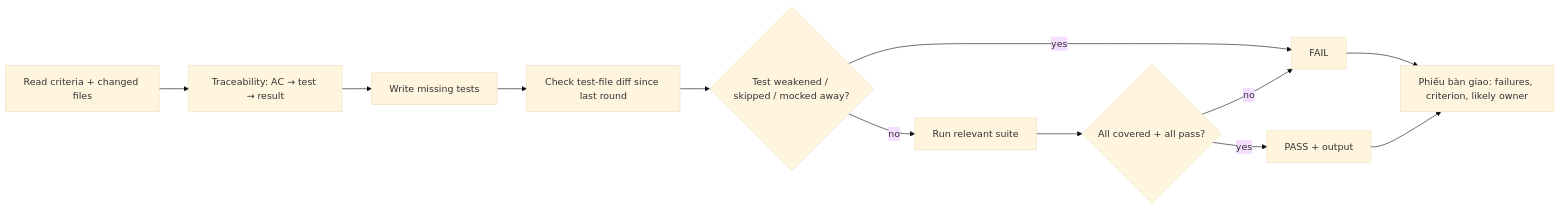
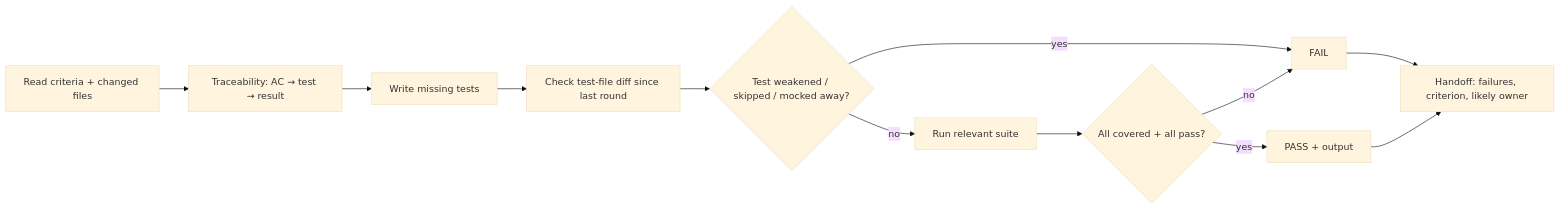
The diagram in agents/qa.md (Tuan-Quyen/technical-teams), drawn with Mermaid (base theme) before and after one commit. The commit also changed 37 other files, not shown here.

````diff
--- a/agents/qa.md
+++ b/agents/qa.md
@@ -22,14 +22,14 @@
 ```mermaid
 flowchart LR
   A[Read criteria + changed files] --> B[Traceability: AC → test → result]
   B --> C[Write missing tests]
   C --> D[Check test-file diff since last round]
   D --> E{Test weakened / skipped / mocked away?}
   E -- yes --> F[FAIL]
   E -- no --> G[Run relevant suite]
   G --> H{All covered + all pass?}
   H -- yes --> P[PASS + output]
   H -- no --> F
-  F --> J[Phiếu bàn giao: failures, criterion, likely owner]
+  F --> J[Handoff: failures, criterion, likely owner]
   P --> J
 ```
````
